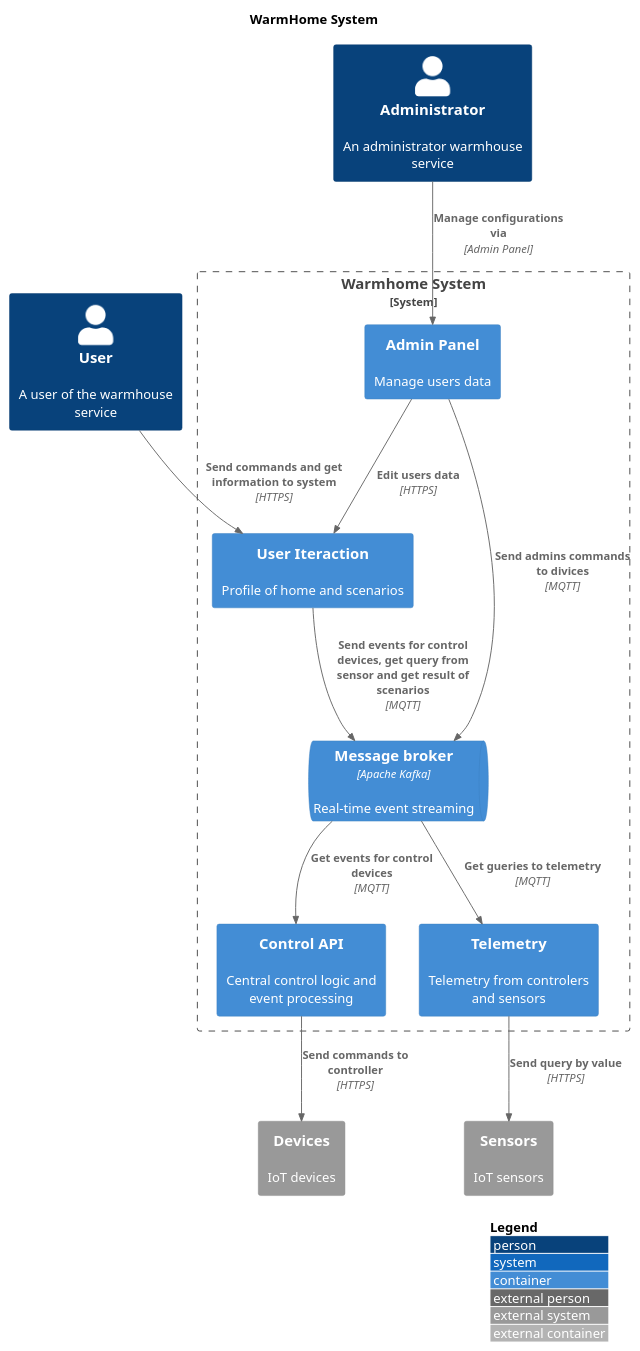
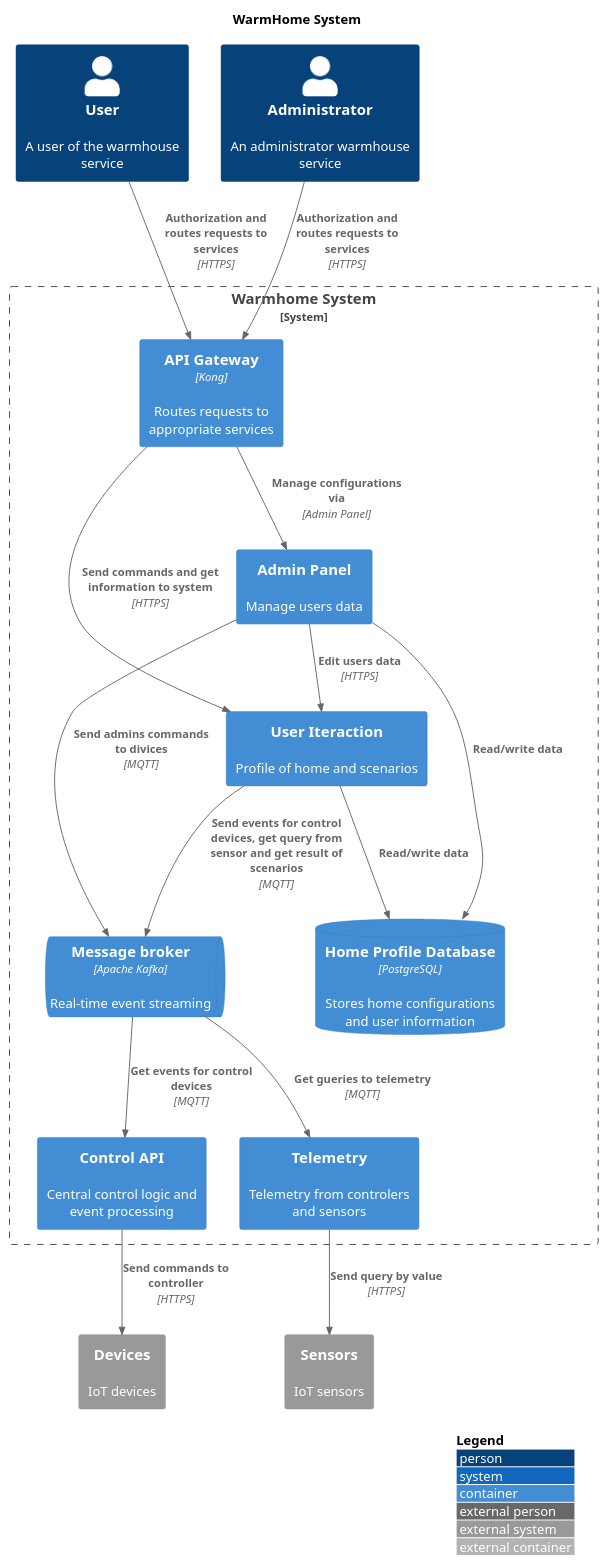
The diagram in diagrams/container/warmhouse_container.puml (AIofHuman/architecture-sprint-3), drawn with PlantUML before and after one commit. The commit also changed 1 other file, not shown here.

```diff
--- a/diagrams/container/warmhouse_container.puml
+++ b/diagrams/container/warmhouse_container.puml
@@ -1,39 +1,45 @@
 @startuml
 !includeurl https://raw.githubusercontent.com/plantuml-stdlib/C4-PlantUML/master/C4_Container.puml
 
 title WarmHome System
 
 LAYOUT_WITH_LEGEND()
 
 Person(user, "User", "A user of the warmhouse service")
 Person(admin, "Administrator", "An administrator warmhouse service")
 
 System_Boundary(system, "Warmhome System") {
+    Container(api_gateway, "API Gateway", "Kong", "Routes requests to appropriate services")
     Container(user_iteraction, "User Iteraction", "", "Profile of home and scenarios")
     Container(admin_panel, "Admin Panel", "", "Manage users data")
     Container(control_api, "Control API", "", "Central control logic and event processing")
+    ContainerDb(home_profile_db, "Home Profile Database", "PostgreSQL", "Stores home configurations and user information")
     ContainerQueue(kafka, "Message broker", "Apache Kafka", "Real-time event streaming")
     Container(telemetry, "Telemetry", "", "Telemetry from controlers and sensors")
 }
 
 System_Ext(devices, "Devices", "IoT devices")
 System_Ext(sensors, "Sensors", "IoT sensors")
 
 ' User interactions
-Rel(user, user_iteraction, "Send commands and get information to system", "HTTPS")
-Rel(admin, admin_panel, "Manage configurations via", "Admin Panel")
+Rel(user, api_gateway, "Authorization and routes requests to services", "HTTPS")
+Rel(admin, api_gateway, "Authorization and routes requests to services", "HTTPS")
+Rel(api_gateway, user_iteraction, "Send commands and get information to system", "HTTPS")
+Rel(api_gateway, admin_panel, "Manage configurations via", "Admin Panel")
 Rel(admin_panel, user_iteraction,  "Edit users data",  "HTTPS")
+Rel(admin_panel, home_profile_db, "Read/write data")
+Rel(user_iteraction, home_profile_db, "Read/write data")
 
 ' User interactions to System
 Rel(user_iteraction, kafka, "Send events for control devices, get query from sensor and get result of scenarios", "MQTT")
 Rel(admin_panel, kafka, "Send admins commands to divices", "MQTT")
 
 ' Control system
 Rel(kafka, control_api, "Get events for control devices", "MQTT")
 Rel(kafka, telemetry, "Get gueries to telemetry", "MQTT")
 
 ' IoT 
 Rel(control_api, devices, "Send commands to controller", "HTTPS")
 Rel(telemetry, sensors, "Send query by value", "HTTPS")
 
 @enduml
```
